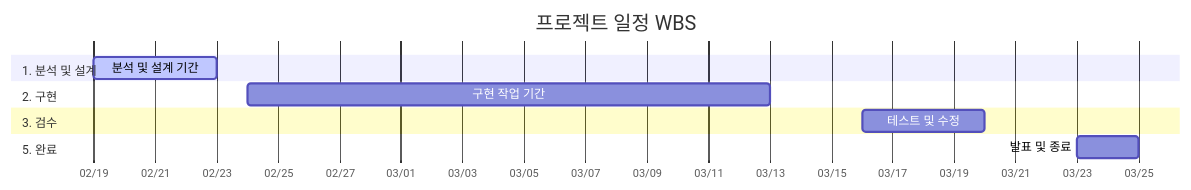
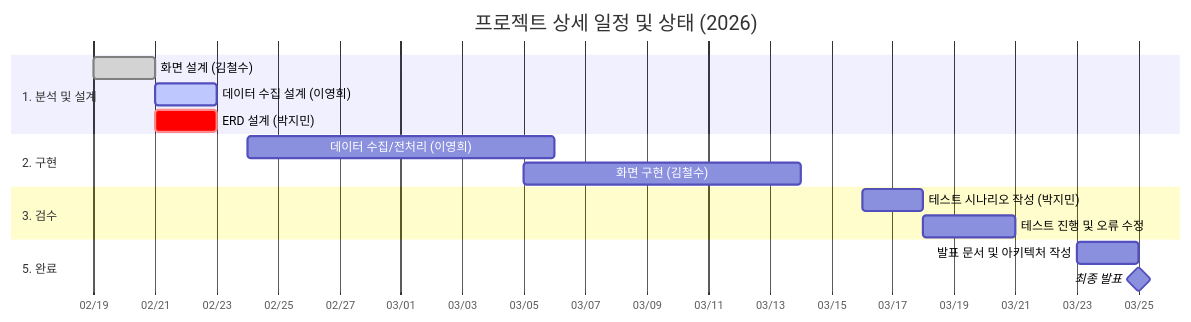
Before and after one commit to techshin31/test_stock: the diagram in README.md, drawn with Mermaid.

Commit message:
테스트

````diff
--- a/README.md
+++ b/README.md
@@ -5,18 +5,23 @@
 ```mermaid
 gantt
-    title 프로젝트 일정 WBS
+    title 프로젝트 상세 일정 및 상태 (2026)
     dateFormat  YYYY-MM-DD
     axisFormat  %m/%d
+    
+    section 1. 분석 및 설계
+    화면 설계 (김철수)           :done, a1, 2026-02-19, 2d
+    데이터 수집 설계 (이영희)     :active, a2, after a1, 2d
+    ERD 설계 (박지민)            :crit, a3, 2026-02-21, 2026-02-23
 
-    section 1. 분석 및 설계
-    분석 및 설계 기간 :active, 2026-02-19, 2026-02-23
-    
     section 2. 구현
-    구현 작업 기간 :2026-02-24, 2026-03-13
-    
+    데이터 수집/전처리 (이영희)    :a4, 2026-02-24, 10d
+    화면 구현 (김철수)           :a5, 2026-03-05, 9d
+
     section 3. 검수
-    테스트 및 수정 :2026-03-16, 2026-03-20
-    
+    테스트 시나리오 작성 (박지민)  :a6, 2026-03-16, 2d
+    테스트 진행 및 오류 수정      :a7, after a6, 3d
+
     section 5. 완료
-    발표 및 종료 :2026-03-23, 2026-03-25
+    발표 문서 및 아키텍처 작성    :a8, 2026-03-23, 2d
+    최종 발표                  :milestone, 2026-03-25, 0d
 ```
````
